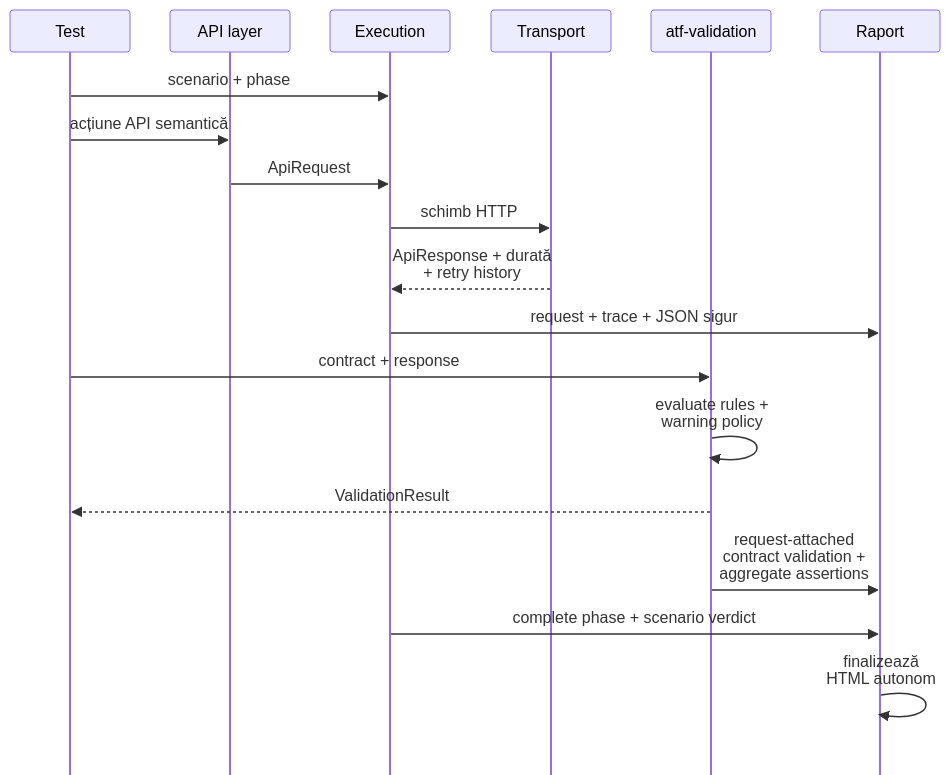
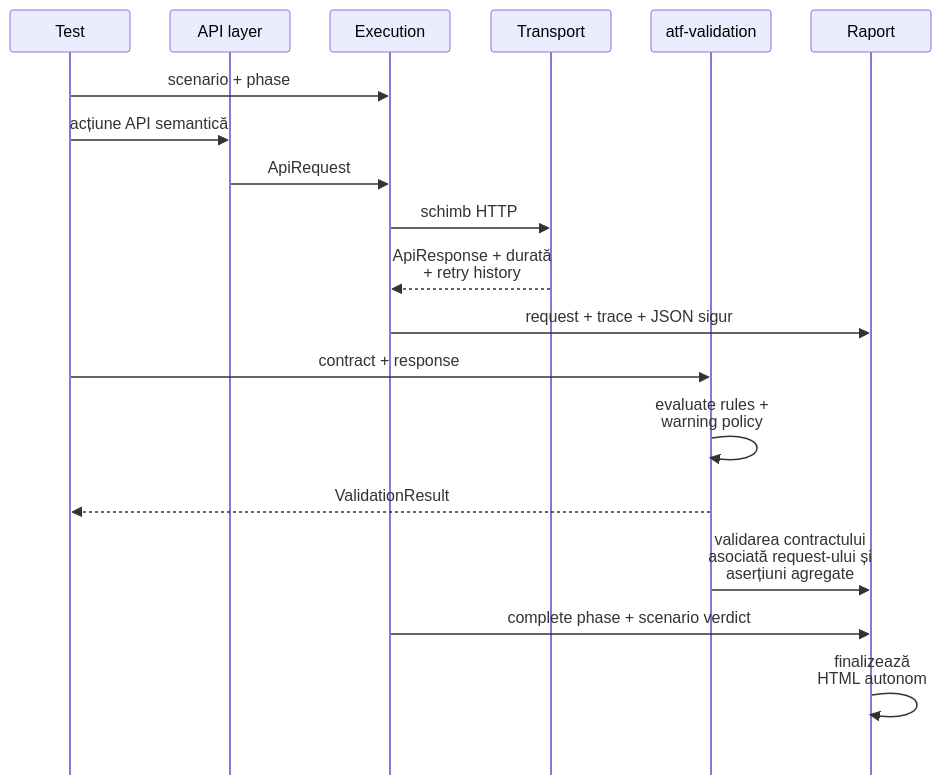
Before and after one commit to crististefanita/atf_j0: the fifth of 12 diagrams in docs/ATF_Architecture.md, drawn with Mermaid. The commit also changed other lines of this file and 113 other files, not shown here.

````diff
--- a/docs/ATF_Architecture.md
+++ b/docs/ATF_Architecture.md
@@ -353,23 +327,23 @@
 ```mermaid
 %%{init: {"themeVariables":{"fontSize":"15px","actorFontSize":"15px","messageFontSize":"12px","noteFontSize":"12px"},"themeCSS":".actor { font-size: 15px !important; } .messageText, .labelText, .loopText, .noteText { font-size: 12px !important; }","sequence":{"actorFontSize":15,"messageFontSize":12,"noteFontSize":12,"width":120,"height":42,"actorMargin":40,"messageMargin":24,"mirrorActors":false,"wrap":true,"wrapPadding":6}}}%%
 sequenceDiagram
     participant T as Test
     participant M as API layer
     participant E as Execution
     participant H as Transport
     participant V as atf-validation
     participant R as Raport
 
     T->>E: scenario + phase
     T->>M: acțiune API semantică
     M->>E: ApiRequest
     E->>H: schimb HTTP
     H-->>E: ApiResponse + durată + retry history
     E->>R: request + trace + JSON sigur
     T->>V: contract + response
     V->>V: evaluate rules + warning policy
     V-->>T: ValidationResult
-    V->>R: request-attached contract validation + aggregate assertions
+    V->>R: validarea contractului asociată request-ului și aserțiuni agregate
     E->>R: complete phase + scenario verdict
     R->>R: finalizează HTML autonom
 ```
````
